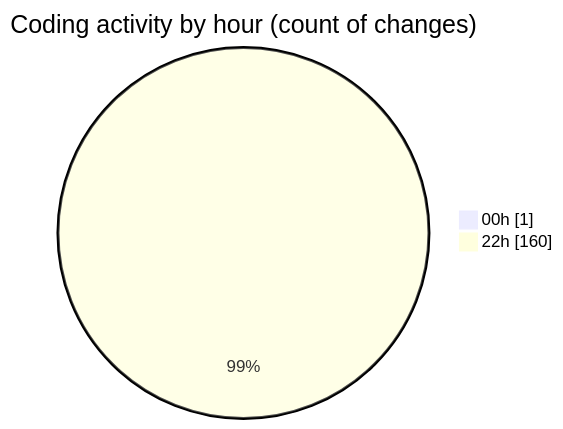
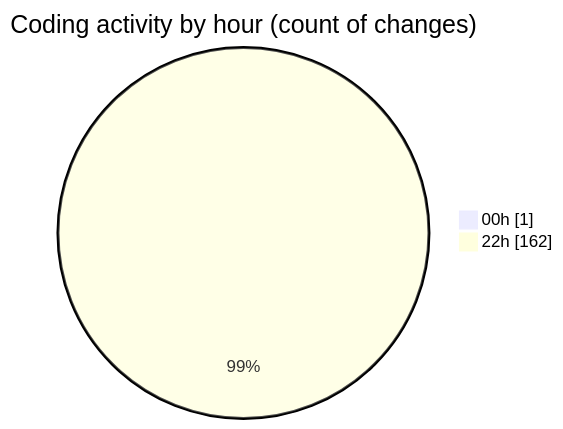
The second of 2 diagrams in 2025-08-04/javascript/README.md (Ritupan-Deka/code-tracking), drawn with Mermaid before and after one commit. The commit also changed other lines of this file and 1 other file, not shown here.

````diff
--- a/2025-08-04/javascript/README.md
+++ b/2025-08-04/javascript/README.md
@@ -28,6 +29,6 @@
 ```mermaid
 pie showData
 title Coding activity by hour (count of changes)
 "00h" : 1
-"22h" : 160
+"22h" : 162
 ```
````
